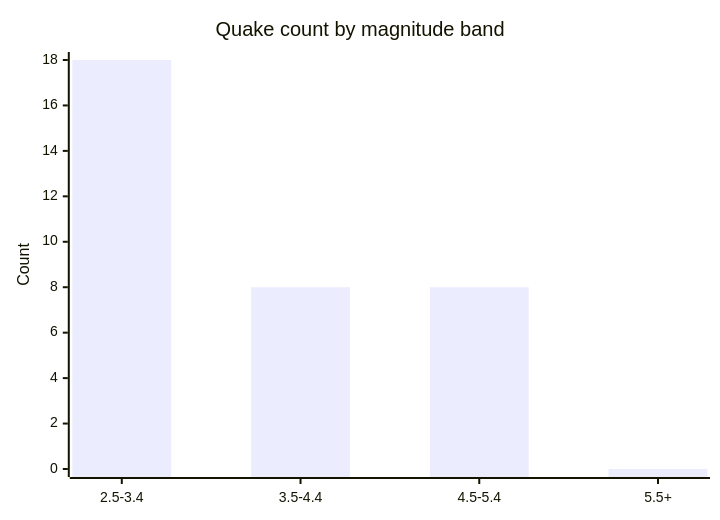
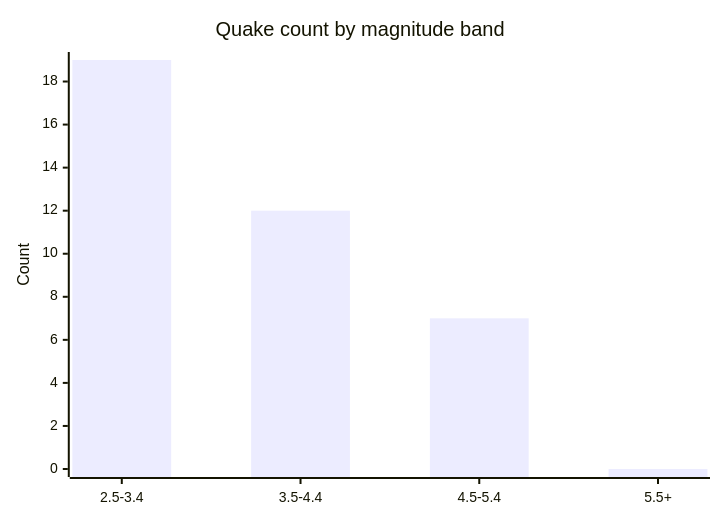
The fifth of 6 diagrams in docs/GRAPHS.md (Midwest-Stratospheric/aerostratospheric-defense-gir), drawn with Mermaid before and after one commit. The commit also changed other lines of this file and 23 other files, not shown here.

````diff
--- a/docs/GRAPHS.md
+++ b/docs/GRAPHS.md
@@ -82,7 +82,7 @@
 ```mermaid
 xychart-beta
   title "Quake count by magnitude band"
   x-axis ["2.5-3.4", "3.5-4.4", "4.5-5.4", "5.5+"]
-  y-axis "Count" 0 --> 18
-  bar [18, 8, 8, 0]
+  y-axis "Count" 0 --> 19
+  bar [19, 12, 7, 0]
 ```
````
